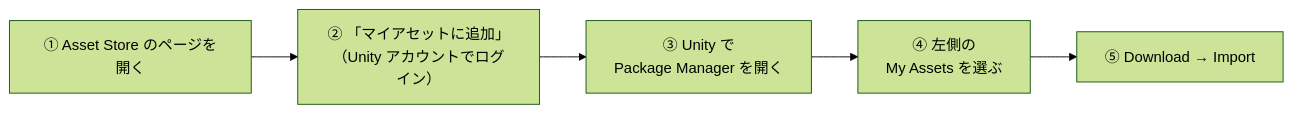
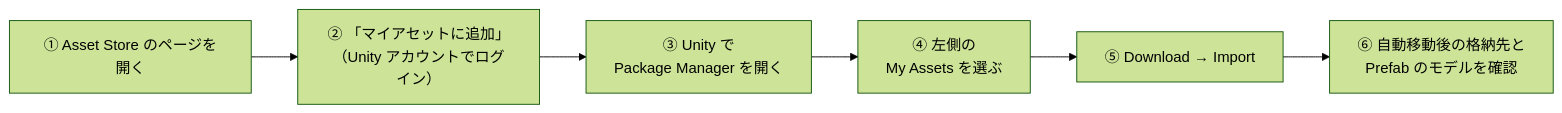
One commit to M-634/unity-game-dev-advance-docs.github.io changed the diagram in docs/lessons/assets.md. Above: the diagram before and after it, drawn with Mermaid (forest theme). The commit also changed other lines of this file and 2 other files, not shown here.

````diff
--- a/docs/lessons/assets.md
+++ b/docs/lessons/assets.md
@@ -49,7 +51,8 @@
 ```mermaid
 flowchart LR
     A["① Asset Store のページを開く"] --> B["② 「マイアセットに追加」<br>（Unity アカウントでログイン）"]
     B --> C["③ Unity で<br>Package Manager を開く"]
     C --> D["④ 左側の<br>My Assets を選ぶ"]
     D --> E["⑤ Download → Import"]
+    E --> F["⑥ 自動移動後の格納先と<br>Prefab のモデルを確認"]
 ```
````
